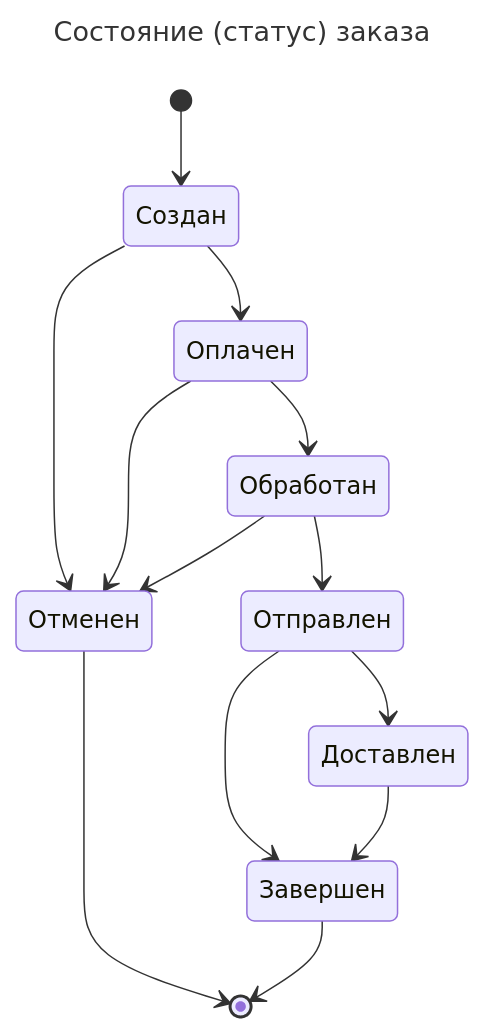
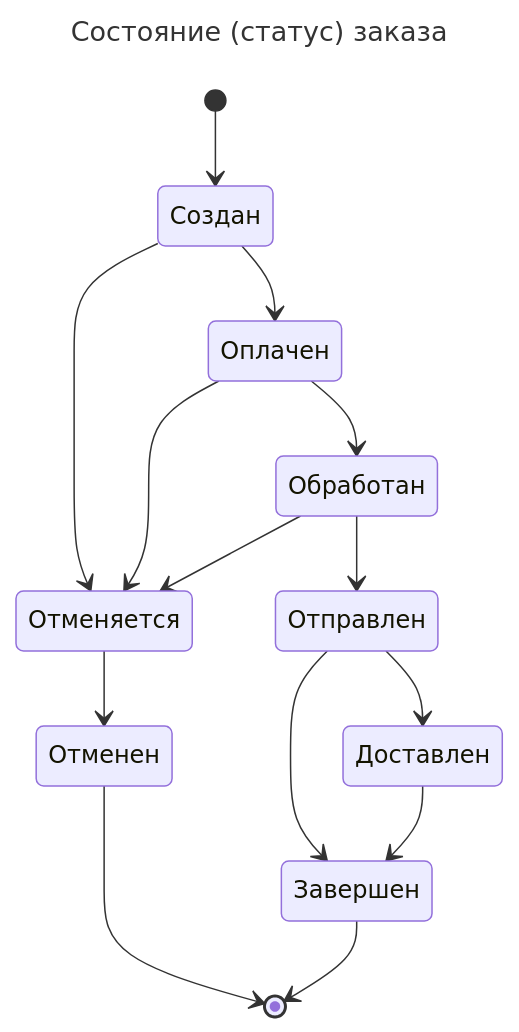
Before and after one commit to bratushkadan/diploma: the third of 5 diagrams in app/docs/architecture/Order.md, drawn with Mermaid. The commit also changed other lines of this file and 6 other files, not shown here.

````diff
--- a/app/docs/architecture/Order.md
+++ b/app/docs/architecture/Order.md
@@ -63,18 +72,19 @@
 ```mermaid
 ---
 title: Состояние (статус) заказа
 ---
 stateDiagram-v2
     [*] --> Создан
-    Создан --> Отменен
+    Создан --> Отменяется
     Создан --> Оплачен
     Оплачен --> Обработан
-    Оплачен --> Отменен
-    Обработан --> Отменен
+    Оплачен --> Отменяется
+    Обработан --> Отменяется
+    Отменяется --> Отменен
     Обработан --> Отправлен
     Отправлен --> Завершен
     Отправлен --> Доставлен
     Доставлен --> Завершен
     Отменен --> [*]
     Завершен --> [*]
 ```
````
